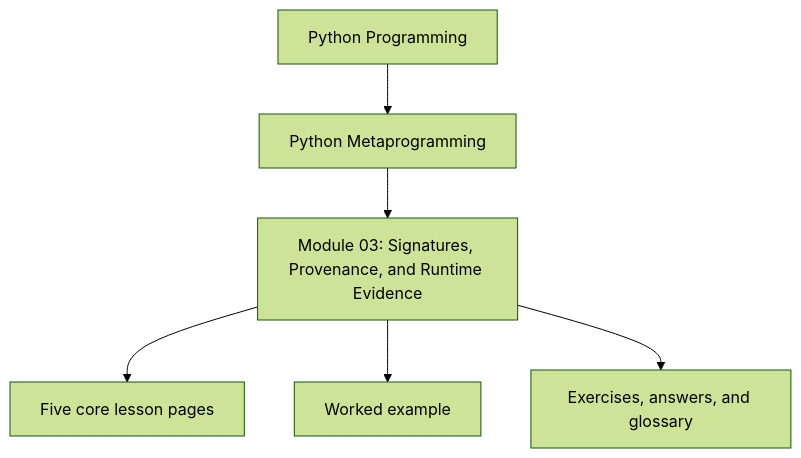
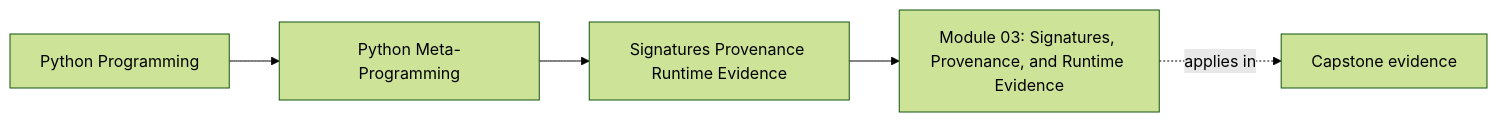
Before and after one commit to bijux/bijux-masterclass: the first of 2 diagrams in programs/python-programming/python-meta-programming/course-book/module-03-signatures-provenance-runtime-evidence/index.md, drawn with Mermaid (forest theme). The commit also changed other lines of this file and 55 other files, not shown here.

Commit message:
docs(python-meta-programming): map runtime foundations and inspection routes

````diff
--- a/programs/python-programming/python-meta-programming/course-book/module-03-signatures-provenance-runtime-evidence/index.md
+++ b/programs/python-programming/python-meta-programming/course-book/module-03-signatures-provenance-runtime-evidence/index.md
@@ -6,8 +6,11 @@
 ```mermaid
-flowchart TD
-  family["Python Programming"] --> program["Python Metaprogramming"]
-  program --> module["Module 03: Signatures, Provenance, and Runtime Evidence"]
-  module --> cores["Five core lesson pages"]
-  module --> example["Worked example"]
-  module --> practice["Exercises, answers, and glossary"]
+graph LR
+  family["Python Programming"]
+  program["Python Meta-Programming"]
+  section["Signatures Provenance Runtime Evidence"]
+  page["Module 03: Signatures, Provenance, and Runtime Evidence"]
+  capstone["Capstone evidence"]
+
+  family --> program --> section --> page
+  page -.applies in.-> capstone
 ```
````
